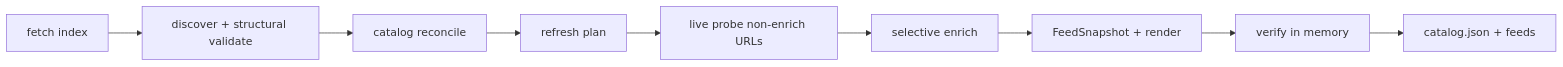
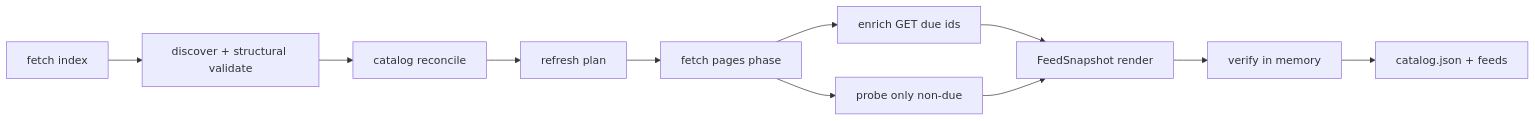
The diagram in DOCS.md (wyattowalsh/paul-graham-essay-feeds), drawn with Mermaid before and after one commit. The commit also changed other lines of this file and 36 other files, not shown here.

First line of the commit message:
feat(feeds): dual simple/enriched projections, hard-delete catalog, published self links

````diff
--- a/DOCS.md
+++ b/DOCS.md
@@ -80,11 +81,13 @@
 ```mermaid
 flowchart LR
   A[fetch index] --> B[discover + structural validate]
   B --> C[catalog reconcile]
   C --> D[refresh plan]
-  D --> E[live probe non-enrich URLs]
-  E --> F[selective enrich]
-  F --> G[FeedSnapshot + render]
-  G --> H[verify in memory]
-  H --> I[catalog.json + feeds]
+  D --> E[fetch pages phase]
+  E --> F[enrich GET due ids]
+  E --> G[probe only non-due]
+  F --> H[FeedSnapshot render]
+  G --> H
+  H --> I[verify in memory]
+  I --> J[catalog.json + feeds]
 ```
````
